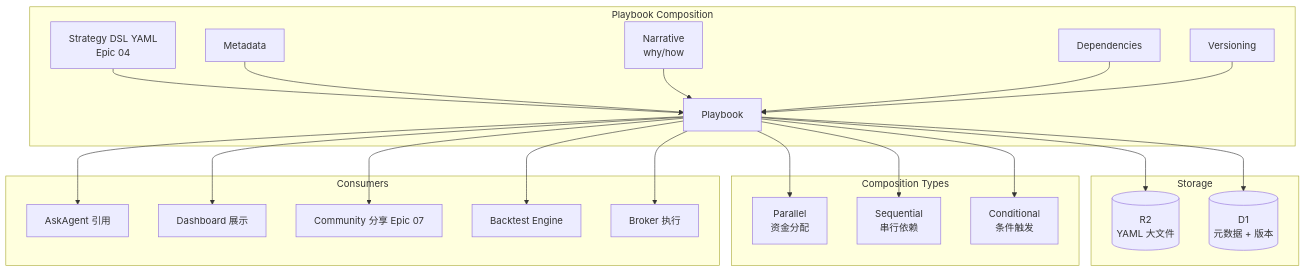
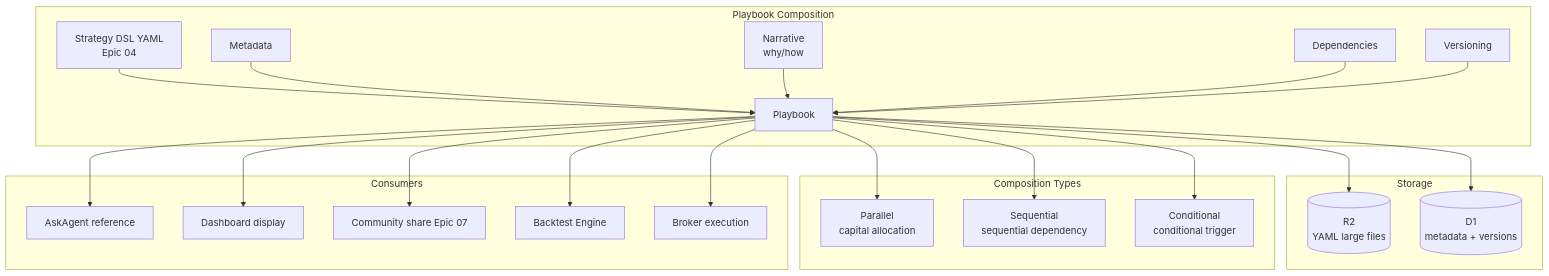
The first of 2 diagrams in docs/prd/epic/08_Playbook_System.md (ZedeX/nova-invest), drawn with Mermaid before and after one commit. The commit also changed other lines of this file and 42 other files, not shown here.

````diff
--- a/docs/prd/epic/08_Playbook_System.md
+++ b/docs/prd/epic/08_Playbook_System.md
@@ -53,29 +53,29 @@
 ```mermaid
 flowchart TB
     subgraph "Playbook Composition"
         DSL[Strategy DSL YAML<br/>Epic 04] --> PB[Playbook]
         META[Metadata] --> PB
         NAR[Narrative<br/>why/how] --> PB
         DEP[Dependencies] --> PB
         VER[Versioning] --> PB
     end
 
     subgraph "Storage"
-        PB --> R2[(R2<br/>YAML 大文件)]
-        PB --> D1[(D1<br/>元数据 + 版本)]
+        PB --> R2[(R2<br/>YAML large files)]
+        PB --> D1[(D1<br/>metadata + versions)]
     end
 
     subgraph "Composition Types"
-        PB --> PAR[Parallel<br/>资金分配]
-        PB --> SEQ[Sequential<br/>串行依赖]
-        PB --> COND[Conditional<br/>条件触发]
+        PB --> PAR[Parallel<br/>capital allocation]
+        PB --> SEQ[Sequential<br/>sequential dependency]
+        PB --> COND[Conditional<br/>conditional trigger]
     end
 
     subgraph "Consumers"
-        PB --> AG[AskAgent 引用]
-        PB --> DB[Dashboard 展示]
-        PB --> CM[Community 分享 Epic 07]
+        PB --> AG[AskAgent reference]
+        PB --> DB[Dashboard display]
+        PB --> CM[Community share Epic 07]
         PB --> BE[Backtest Engine]
-        PB --> BR[Broker 执行]
+        PB --> BR[Broker execution]
     end
 ```
````
